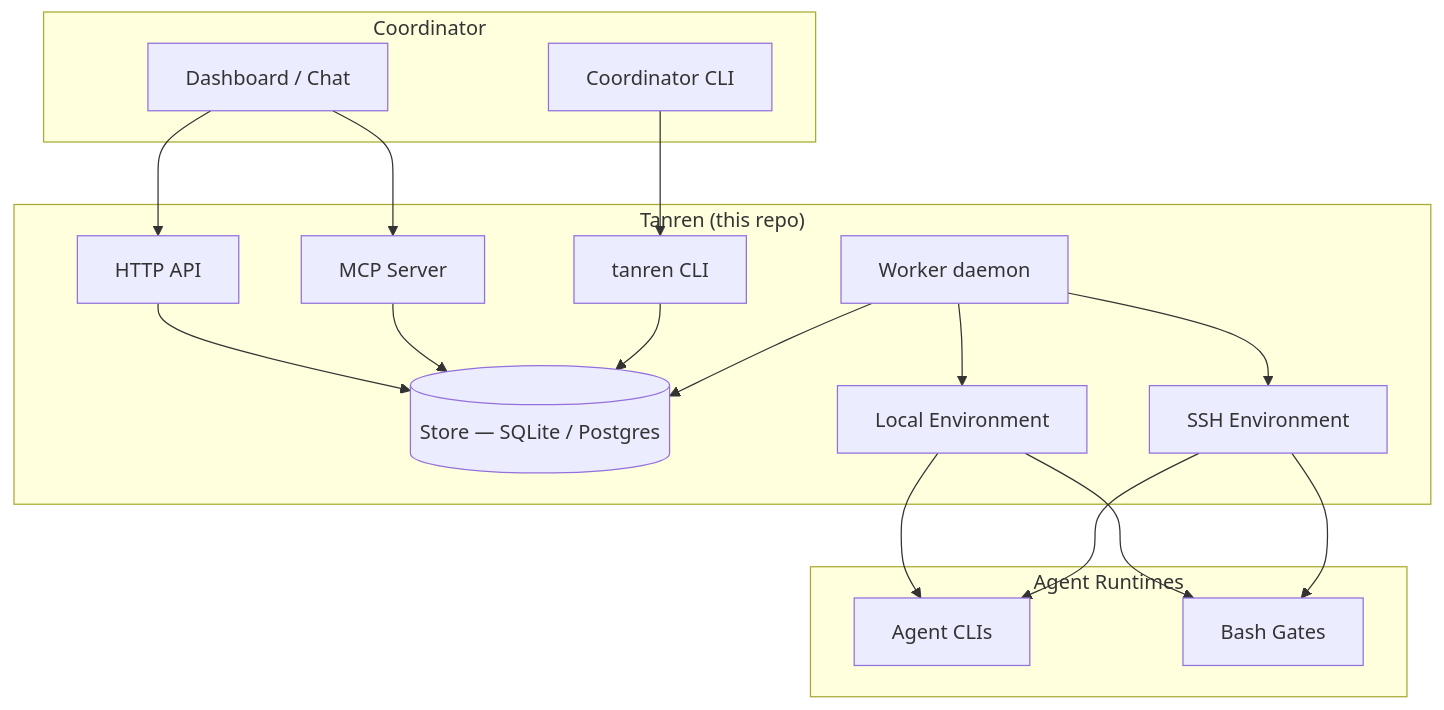
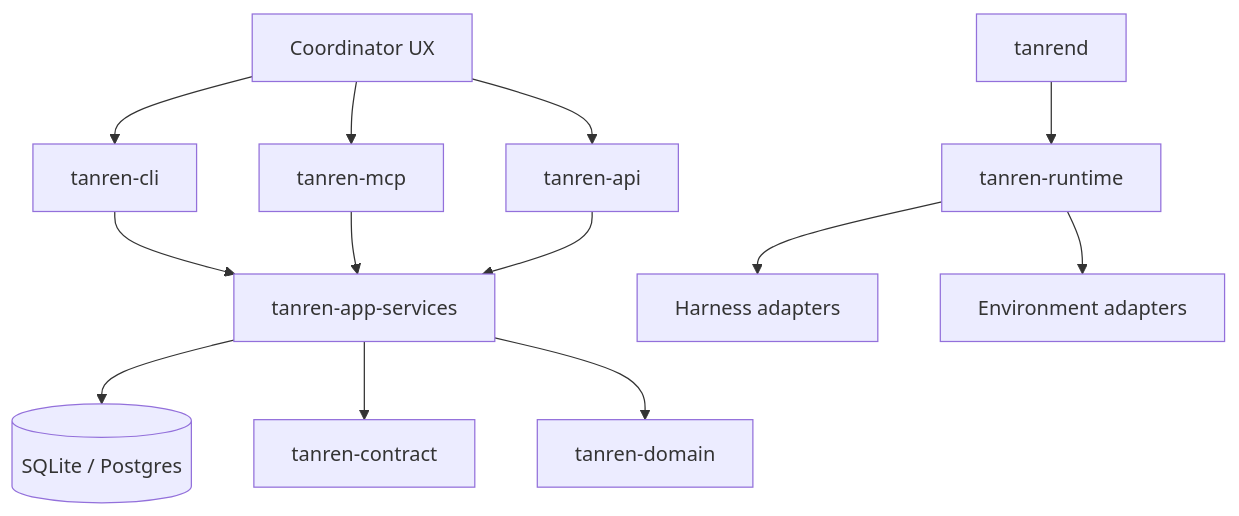
Before and after one commit to trevorWieland/tanren: the fourth of 4 diagrams in README.md, drawn with Mermaid. The commit also changed other lines of this file and 906 other files, not shown here.

````diff
--- a/README.md
+++ b/README.md
@@ -23,43 +127,18 @@
 ```mermaid
 graph TD
-    subgraph Coordinator
-        DASH[Dashboard / Chat]
-        COORD[Coordinator CLI]
-    end
+    COORD[Coordinator UX] --> CLI[tanren-cli]
+    COORD --> MCP[tanren-mcp]
+    COORD --> API[tanren-api]
 
-    subgraph "Tanren &lpar;this repo&rpar;"
-        API[HTTP API]
-        MCP[MCP Server]
-        CLI[tanren CLI]
+    CLI --> APP[tanren-app-services]
+    MCP --> APP
+    API --> APP
 
-        STORE[(Store — SQLite / Postgres)]
+    APP --> STORE[(SQLite / Postgres)]
+    APP --> CONTRACT[tanren-contract]
+    APP --> DOMAIN[tanren-domain]
 
-        WORKER[Worker daemon]
-
-        LOCAL[Local Environment]
-        SSH[SSH Environment]
-    end
-
-    subgraph Agent Runtimes
-        AGENT_CLI[Agent CLIs]
-        GATES[Bash Gates]
-    end
-
-    DASH --> API
-    DASH --> MCP
-    COORD --> CLI
-
-    API --> STORE
-    MCP --> STORE
-    CLI --> STORE
-
-    WORKER --> STORE
-
-    WORKER --> LOCAL
-    WORKER --> SSH
-
-    LOCAL --> AGENT_CLI
-    LOCAL --> GATES
-    SSH --> AGENT_CLI
-    SSH --> GATES
+    WORKER[tanrend] --> RUNTIME[tanren-runtime]
+    RUNTIME --> HARNESS[Harness adapters]
+    RUNTIME --> ENV[Environment adapters]
 ```
````
